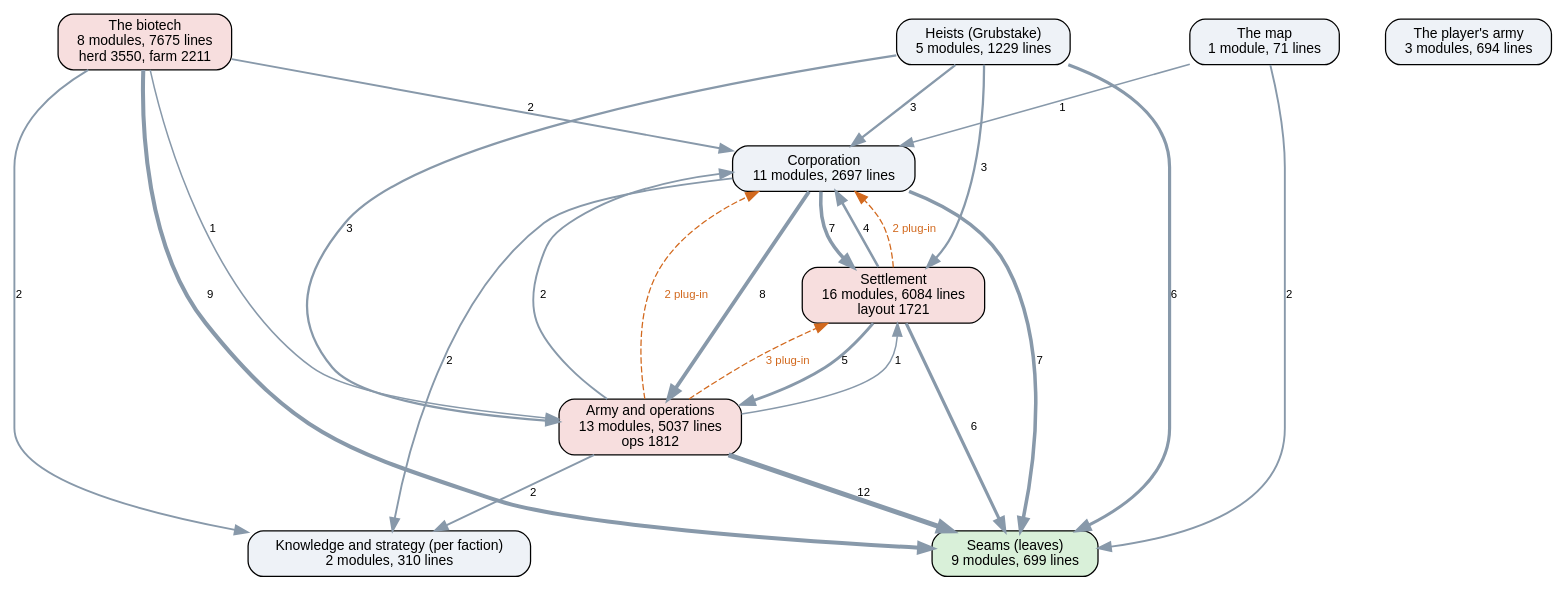
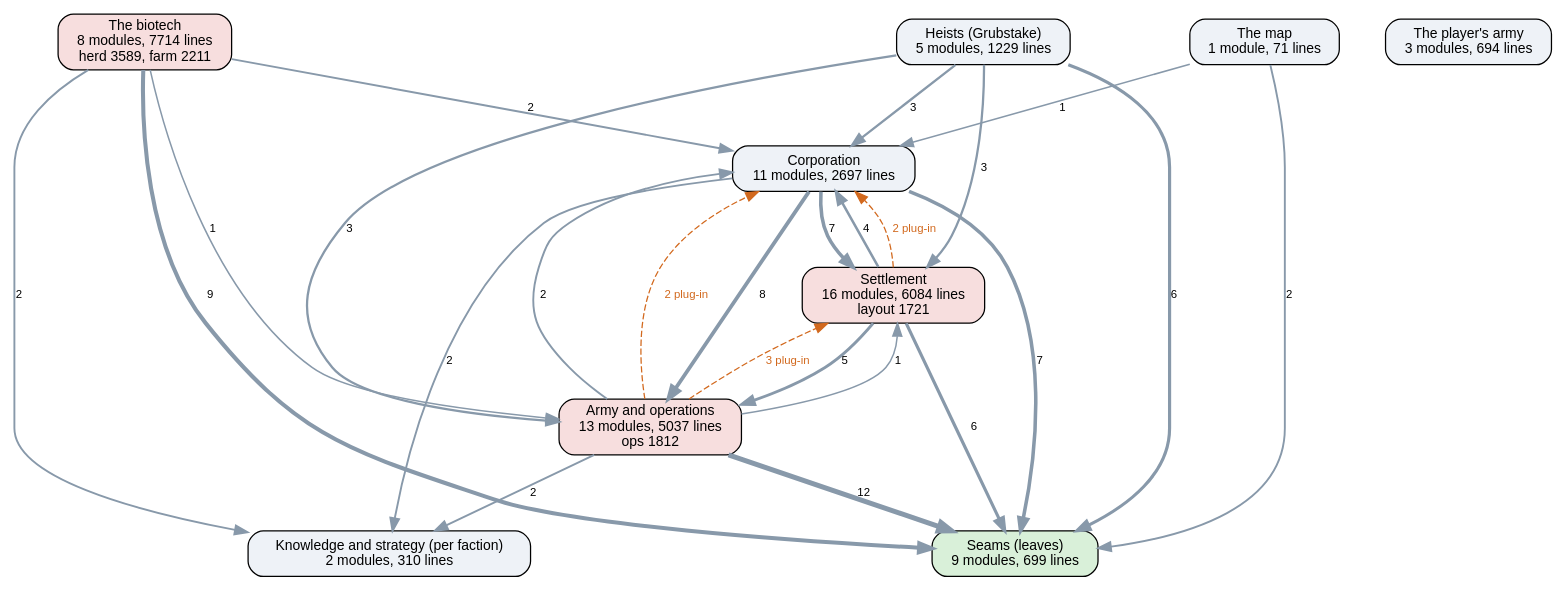
Before and after one commit to kinelhu/landing-party: the diagram in docs/ai-layers.dot, drawn with Graphviz. The commit also changed 11 other files, not shown here.

```diff
--- a/docs/ai-layers.dot
+++ b/docs/ai-layers.dot
@@ -1,38 +1,38 @@
 digraph layers {
   graph [rankdir=TB, fontname="Helvetica", nodesep=0.5, ranksep=0.7];
   node [shape=box, style="rounded,filled", fontname="Helvetica", fontsize=11, fillcolor="#eef2f7"];
   edge [color="#8899aa", fontname="Helvetica", fontsize=9];
   "Seams (leaves)" [label="Seams (leaves)\n9 modules, 699 lines", fillcolor="#d9f0d9"];
   "Knowledge and strategy (per faction)" [label="Knowledge and strategy (per faction)\n2 modules, 310 lines", fillcolor="#eef2f7"];
   "Corporation" [label="Corporation\n11 modules, 2697 lines", fillcolor="#eef2f7"];
   "Settlement" [label="Settlement\n16 modules, 6084 lines\nlayout 1721", fillcolor="#f7dede"];
   "Army and operations" [label="Army and operations\n13 modules, 5037 lines\nops 1812", fillcolor="#f7dede"];
   "Heists (Grubstake)" [label="Heists (Grubstake)\n5 modules, 1229 lines", fillcolor="#eef2f7"];
-  "The biotech" [label="The biotech\n8 modules, 7675 lines\nherd 3550, farm 2211", fillcolor="#f7dede"];
+  "The biotech" [label="The biotech\n8 modules, 7714 lines\nherd 3589, farm 2211", fillcolor="#f7dede"];
   "The map" [label="The map\n1 module, 71 lines", fillcolor="#eef2f7"];
   "The player's army" [label="The player's army\n3 modules, 694 lines", fillcolor="#eef2f7"];
   "Army and operations" -> "Corporation" [label="2", penwidth=1.5];
   "Army and operations" -> "Knowledge and strategy (per faction)" [label="2", penwidth=1.5];
   "Army and operations" -> "Seams (leaves)" [label="12", penwidth=4.0];
   "Army and operations" -> "Settlement" [label="1", penwidth=1.2];
   "Corporation" -> "Army and operations" [label="8", penwidth=3.0];
   "Corporation" -> "Knowledge and strategy (per faction)" [label="2", penwidth=1.5];
   "Corporation" -> "Seams (leaves)" [label="7", penwidth=2.8];
   "Corporation" -> "Settlement" [label="7", penwidth=2.8];
   "Heists (Grubstake)" -> "Army and operations" [label="3", penwidth=1.8];
   "Heists (Grubstake)" -> "Corporation" [label="3", penwidth=1.8];
   "Heists (Grubstake)" -> "Seams (leaves)" [label="6", penwidth=2.5];
   "Heists (Grubstake)" -> "Settlement" [label="3", penwidth=1.8];
   "Settlement" -> "Army and operations" [label="5", penwidth=2.2];
   "Settlement" -> "Corporation" [label="4", penwidth=2.0];
   "Settlement" -> "Seams (leaves)" [label="6", penwidth=2.5];
   "The biotech" -> "Army and operations" [label="1", penwidth=1.2];
   "The biotech" -> "Corporation" [label="2", penwidth=1.5];
   "The biotech" -> "Knowledge and strategy (per faction)" [label="2", penwidth=1.5];
   "The biotech" -> "Seams (leaves)" [label="9", penwidth=3.2];
   "The map" -> "Corporation" [label="1", penwidth=1.2];
   "The map" -> "Seams (leaves)" [label="2", penwidth=1.5];
   "Army and operations" -> "Corporation" [style=dashed, color="#d2691e", fontcolor="#d2691e", label="2 plug-in"];
   "Army and operations" -> "Settlement" [style=dashed, color="#d2691e", fontcolor="#d2691e", label="3 plug-in"];
   "Settlement" -> "Corporation" [style=dashed, color="#d2691e", fontcolor="#d2691e", label="2 plug-in"];
 }
```
